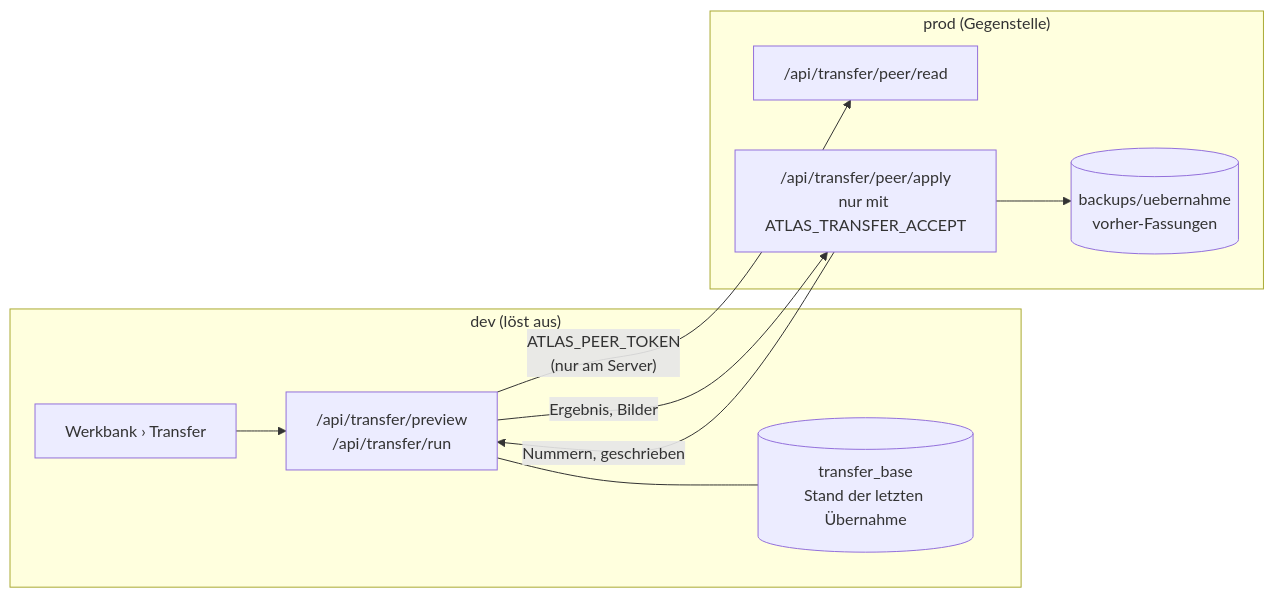
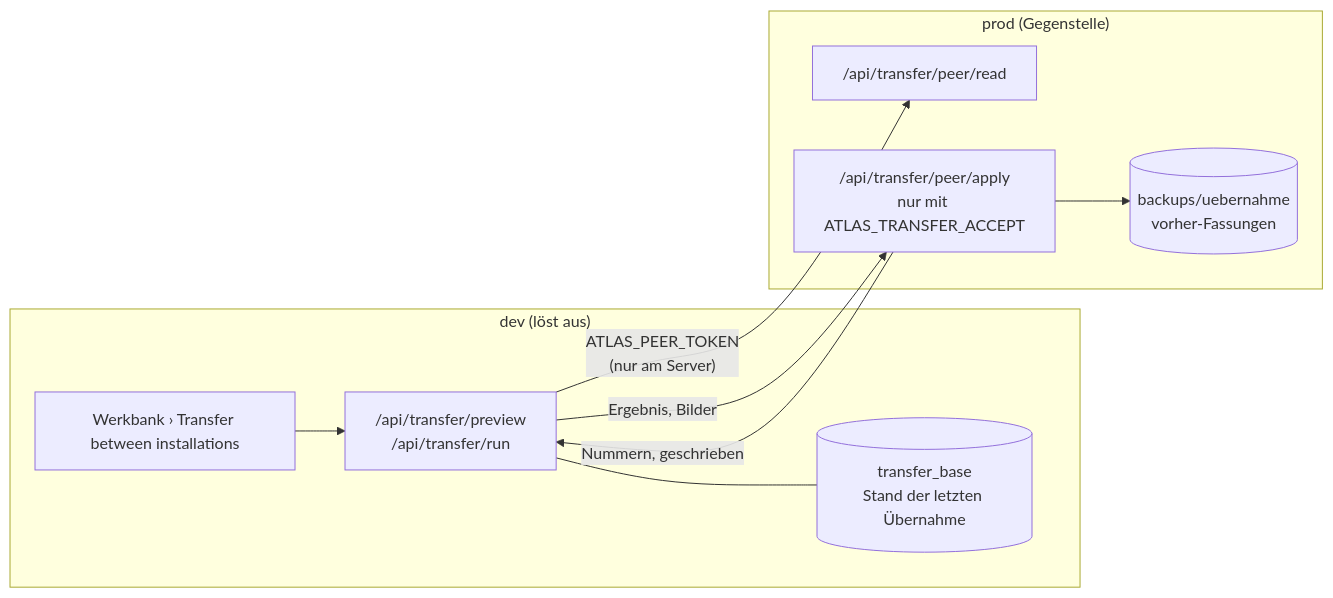
Diagram 17 of 17 in docs/Datenmodell.md (Mrfudog/Atlas-Mentis), drawn with Mermaid before and after one commit. The commit also changed other lines of this file and 6 other files, not shown here.

````diff
--- a/docs/Datenmodell.md
+++ b/docs/Datenmodell.md
@@ -1245,17 +1245,17 @@
 ```mermaid
 flowchart LR
   subgraph dev["dev (löst aus)"]
-    W["Werkbank › Transfer"] --> P["/api/transfer/preview<br/>/api/transfer/run"]
+    W["Werkbank › Transfer between installations"] --> P["/api/transfer/preview<br/>/api/transfer/run"]
     B[("transfer_base<br/>Stand der letzten Übernahme")]
     P --- B
   end
   subgraph prod["prod (Gegenstelle)"]
     R["/api/transfer/peer/read"]
     A["/api/transfer/peer/apply<br/>nur mit ATLAS_TRANSFER_ACCEPT"]
     S[("backups/uebernahme<br/>vorher-Fassungen")]
     A --> S
   end
   P -->|"ATLAS_PEER_TOKEN<br/>(nur am Server)"| R
   P -->|Ergebnis, Bilder| A
   A -->|"Nummern, geschrieben"| P
 ```
````
